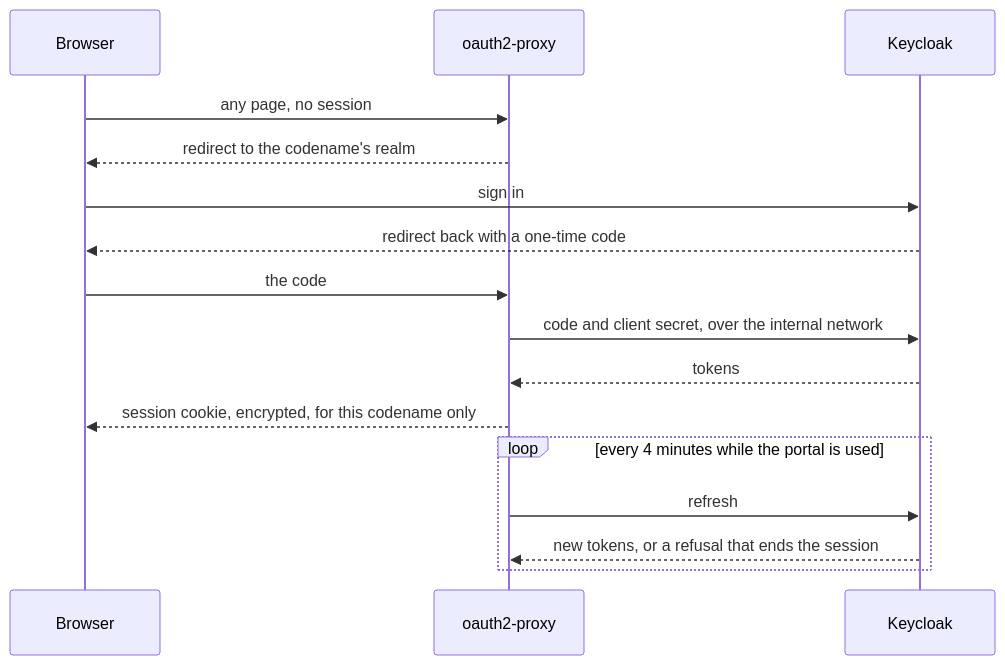
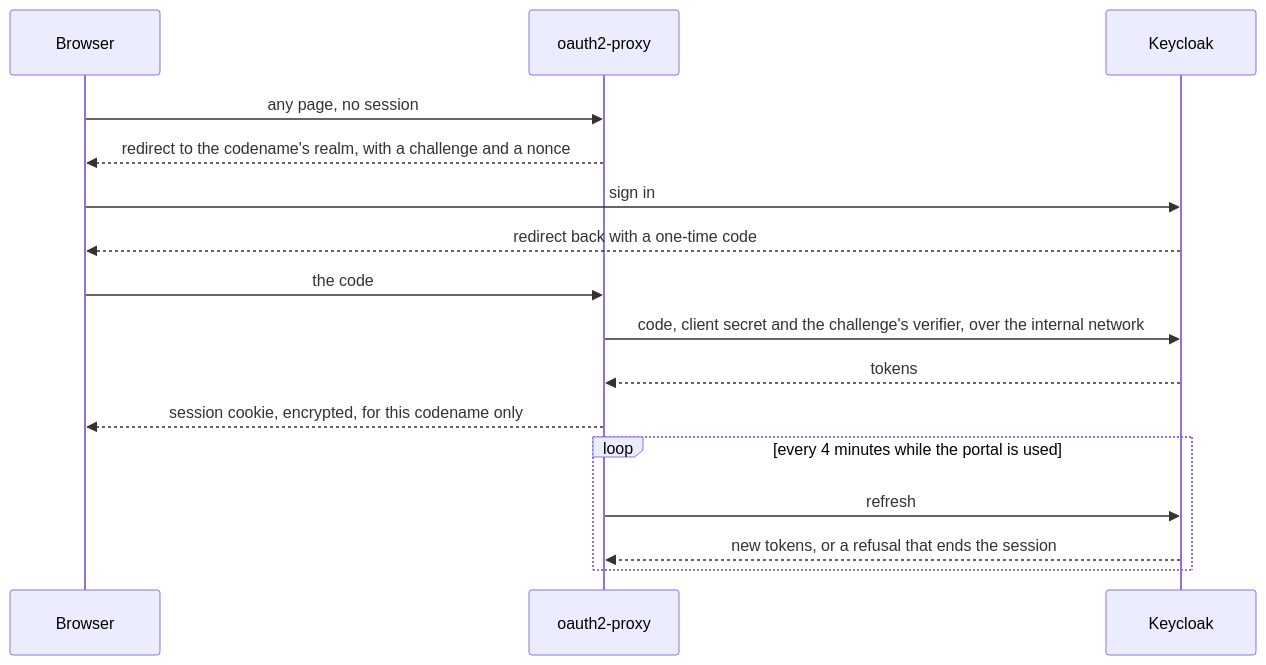
One commit to Sp0Q1/castle changed the third of 3 diagrams in docs/architecture.md. Above: the diagram before and after it, drawn with Mermaid. The commit also changed other lines of this file and 1 other file, not shown here.

First line of the commit message:
Documentation: the challenge and the nonce in a sign-in

````diff
--- a/docs/architecture.md
+++ b/docs/architecture.md
@@ -85,18 +85,18 @@
 ```mermaid
 sequenceDiagram
   participant B as Browser
   participant P as oauth2-proxy
   participant K as Keycloak
   B->>P: any page, no session
-  P-->>B: redirect to the codename's realm
+  P-->>B: redirect to the codename's realm, with a challenge and a nonce
   B->>K: sign in
   K-->>B: redirect back with a one-time code
   B->>P: the code
-  P->>K: code and client secret, over the internal network
+  P->>K: code, client secret and the challenge's verifier, over the internal network
   K-->>P: tokens
   P-->>B: session cookie, encrypted, for this codename only
   loop every 4 minutes while the portal is used
     P->>K: refresh
     K-->>P: new tokens, or a refusal that ends the session
   end
 ```
````
